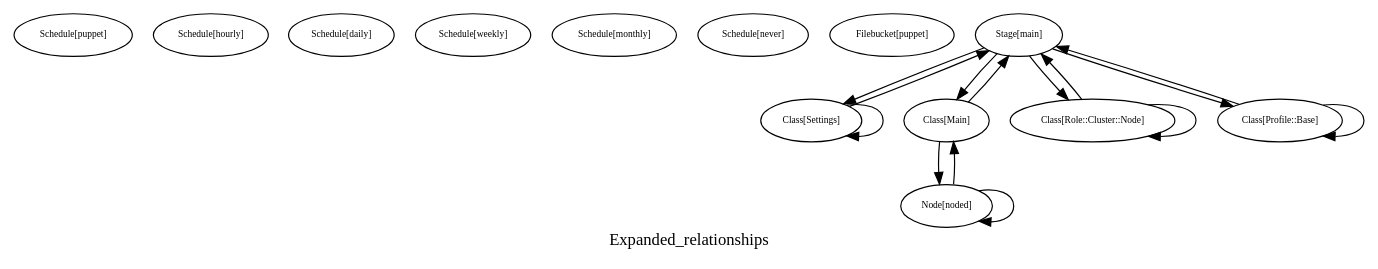
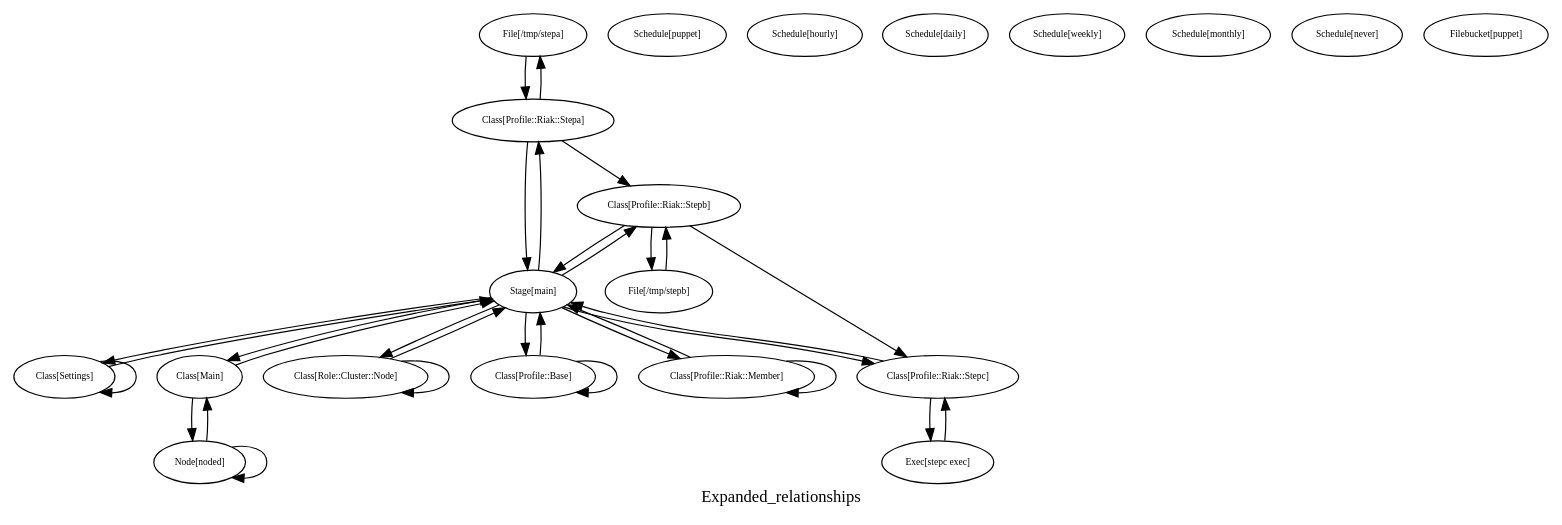
One commit to glickbot/riak-cs-puppet-vagrant changed the diagram in puppet/graphs/node2/expanded_relationships.dot. Above: the diagram before and after it, drawn with Graphviz. The commit also changed 20 other files, not shown here.

```diff
--- a/puppet/graphs/node2/expanded_relationships.dot
+++ b/puppet/graphs/node2/expanded_relationships.dot
@@ -1,5 +1,20 @@
 digraph Expanded_relationships {
     label = "Expanded_relationships"
+    "File[/tmp/stepa]" [
+        fontsize = 8,
+        label = "File[/tmp/stepa]"
+    ]
+
+    "File[/tmp/stepb]" [
+        fontsize = 8,
+        label = "File[/tmp/stepb]"
+    ]
+
+    "Exec[stepc exec]" [
+        fontsize = 8,
+        label = "Exec[stepc exec]"
+    ]
+
     "Schedule[puppet]" [
         fontsize = 8,
         label = "Schedule[puppet]"
@@ -85,6 +100,46 @@
         label = "Class[Profile::Base]"
     ]
 
+    "Class[Profile::Riak::Member]" [
+        fontsize = 8,
+        label = "Class[Profile::Riak::Member]"
+    ]
+
+    "Class[Profile::Riak::Member]" [
+        fontsize = 8,
+        label = "Class[Profile::Riak::Member]"
+    ]
+
+    "Class[Profile::Riak::Stepa]" [
+        fontsize = 8,
+        label = "Class[Profile::Riak::Stepa]"
+    ]
+
+    "Class[Profile::Riak::Stepa]" [
+        fontsize = 8,
+        label = "Class[Profile::Riak::Stepa]"
+    ]
+
+    "Class[Profile::Riak::Stepb]" [
+        fontsize = 8,
+        label = "Class[Profile::Riak::Stepb]"
+    ]
+
+    "Class[Profile::Riak::Stepb]" [
+        fontsize = 8,
+        label = "Class[Profile::Riak::Stepb]"
+    ]
+
+    "Class[Profile::Riak::Stepc]" [
+        fontsize = 8,
+        label = "Class[Profile::Riak::Stepc]"
+    ]
+
+    "Class[Profile::Riak::Stepc]" [
+        fontsize = 8,
+        label = "Class[Profile::Riak::Stepc]"
+    ]
+
     "Node[noded]" [
         fontsize = 8,
         label = "Node[noded]"
@@ -93,6 +148,18 @@
     "Node[noded]" [
         fontsize = 8,
         label = "Node[noded]"
+    ]
+
+    "Class[Profile::Riak::Stepa]" -> "File[/tmp/stepa]" [
+        fontsize = 8
+    ]
+
+    "Class[Profile::Riak::Stepb]" -> "File[/tmp/stepb]" [
+        fontsize = 8
+    ]
+
+    "Class[Profile::Riak::Stepc]" -> "Exec[stepc exec]" [
+        fontsize = 8
     ]
 
     "Stage[main]" -> "Class[Settings]" [
@@ -116,6 +183,22 @@
     ]
 
     "Class[Profile::Base]" -> "Stage[main]" [
+        fontsize = 8
+    ]
+
+    "Class[Profile::Riak::Member]" -> "Stage[main]" [
+        fontsize = 8
+    ]
+
+    "Class[Profile::Riak::Stepa]" -> "Stage[main]" [
+        fontsize = 8
+    ]
+
+    "Class[Profile::Riak::Stepb]" -> "Stage[main]" [
+        fontsize = 8
+    ]
+
+    "Class[Profile::Riak::Stepc]" -> "Stage[main]" [
         fontsize = 8
     ]
 
@@ -143,6 +226,46 @@
         fontsize = 8
     ]
 
+    "Stage[main]" -> "Class[Profile::Riak::Member]" [
+        fontsize = 8
+    ]
+
+    "Class[Profile::Riak::Member]" -> "Class[Profile::Riak::Member]" [
+        fontsize = 8
+    ]
+
+    "Stage[main]" -> "Class[Profile::Riak::Stepa]" [
+        fontsize = 8
+    ]
+
+    "File[/tmp/stepa]" -> "Class[Profile::Riak::Stepa]" [
+        fontsize = 8
+    ]
+
+    "Stage[main]" -> "Class[Profile::Riak::Stepb]" [
+        fontsize = 8
+    ]
+
+    "Class[Profile::Riak::Stepa]" -> "Class[Profile::Riak::Stepb]" [
+        fontsize = 8
+    ]
+
+    "File[/tmp/stepb]" -> "Class[Profile::Riak::Stepb]" [
+        fontsize = 8
+    ]
+
+    "Stage[main]" -> "Class[Profile::Riak::Stepc]" [
+        fontsize = 8
+    ]
+
+    "Class[Profile::Riak::Stepb]" -> "Class[Profile::Riak::Stepc]" [
+        fontsize = 8
+    ]
+
+    "Exec[stepc exec]" -> "Class[Profile::Riak::Stepc]" [
+        fontsize = 8
+    ]
+
     "Class[Main]" -> "Node[noded]" [
         fontsize = 8
     ]
```
